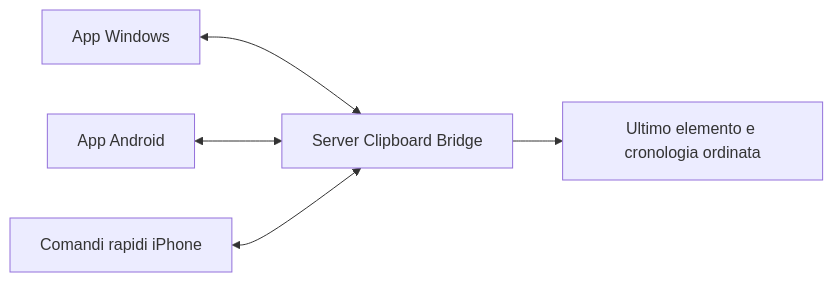
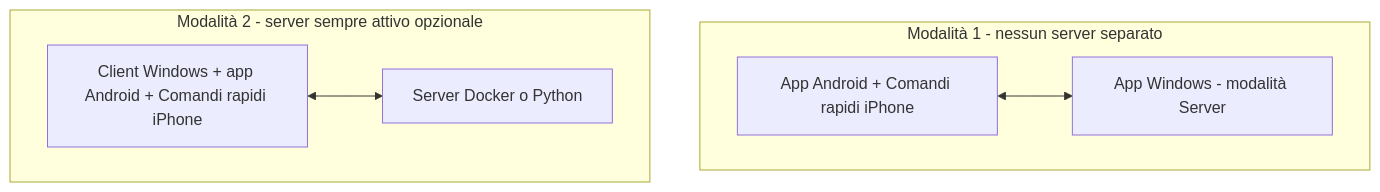
One commit to Mattboxx/Clipboard-Bridge changed the diagram in README.it.md. Above: the diagram before and after it, drawn with Mermaid. The commit also changed other lines of this file and 2 other files, not shown here.

Commit message:
Correct the two-mode connection diagrams

````diff
--- a/README.it.md
+++ b/README.it.md
@@ -81,7 +81,11 @@
 ```mermaid
-flowchart LR
-    W["App Windows"] <--> S["Server Clipboard Bridge"]
-    A["App Android"] <--> S
-    I["Comandi rapidi iPhone"] <--> S
-    S --> H["Ultimo elemento e cronologia ordinata"]
+flowchart TB
+    subgraph M1["Modalità 1 - nessun server separato"]
+        direction LR
+        P1["App Android + Comandi rapidi iPhone"] <--> W1["App Windows - modalità Server"]
+    end
+    subgraph M2["Modalità 2 - server sempre attivo opzionale"]
+        direction LR
+        P2["Client Windows + app Android + Comandi rapidi iPhone"] <--> S2["Server Docker o Python"]
+    end
 ```
````
